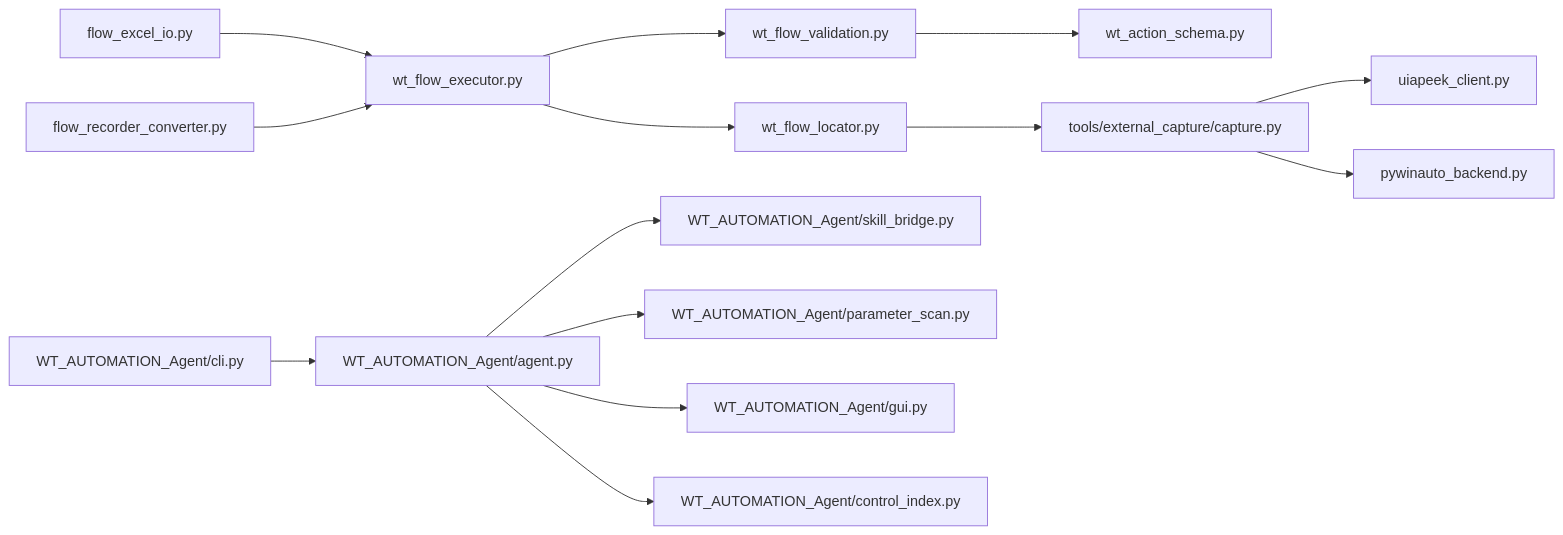
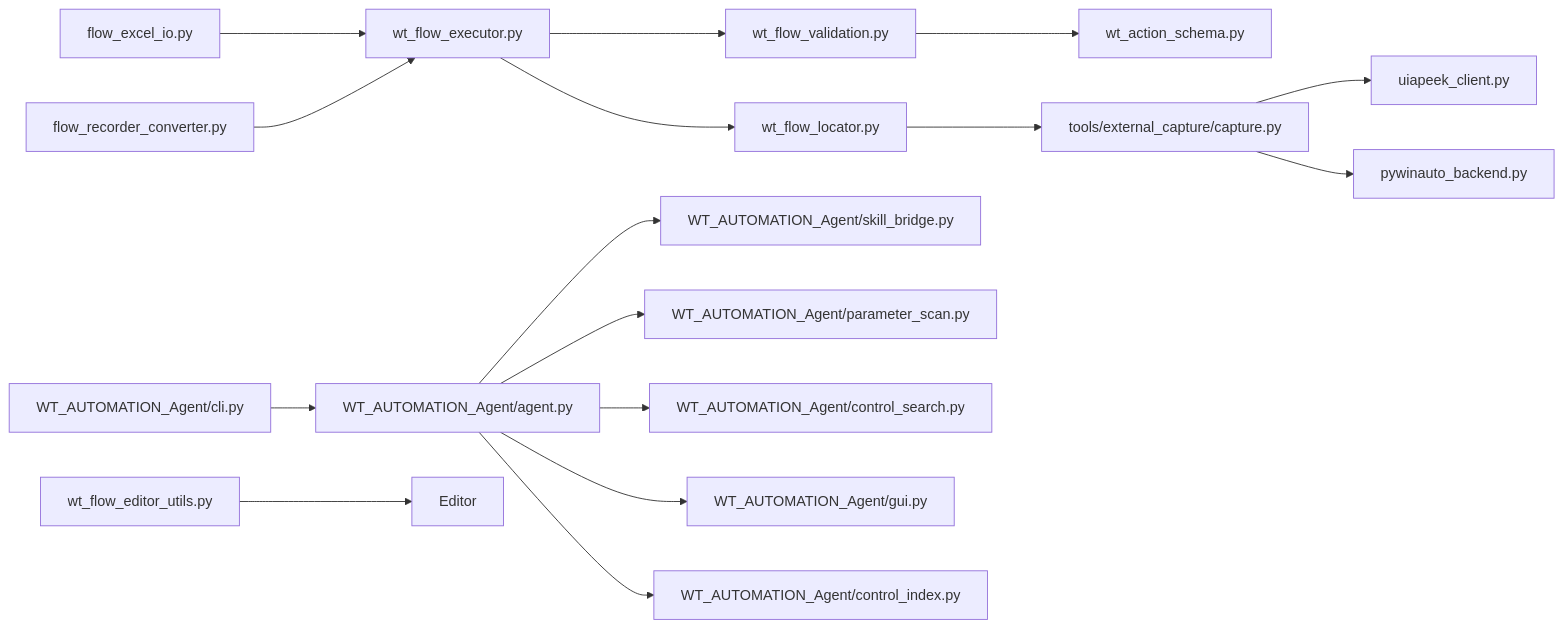
Before and after one commit to hanago33/WT_Automation: the third of 3 diagrams in .qoder/repowiki/zh/content/API参考文档/API参考文档.md, drawn with Mermaid. The commit also changed other lines of this file and 247 other files, not shown here.

````diff
--- a/.qoder/repowiki/zh/content/API参考文档/API参考文档.md
+++ b/.qoder/repowiki/zh/content/API参考文档/API参考文档.md
@@ -402,16 +508,18 @@
 ```mermaid
 graph LR
 Executor["wt_flow_executor.py"] --> Locator["wt_flow_locator.py"]
 Executor --> Validation["wt_flow_validation.py"]
 Validation --> Schema["wt_action_schema.py"]
 Locator --> Capture["tools/external_capture/capture.py"]
 Capture --> Uia["uiapeek_client.py"]
 Capture --> PyWin["pywinauto_backend.py"]
 Cli["WT_AUTOMATION_Agent/cli.py"] --> Agent["WT_AUTOMATION_Agent/agent.py"]
 Agent --> SkillBridge["WT_AUTOMATION_Agent/skill_bridge.py"]
 Agent --> ParamScan["WT_AUTOMATION_Agent/parameter_scan.py"]
+Agent --> ControlSearch["WT_AUTOMATION_Agent/control_search.py"]
 Agent --> Gui["WT_AUTOMATION_Agent/gui.py"]
 Agent --> CtrlIdx["WT_AUTOMATION_Agent/control_index.py"]
 ExcelIO["flow_excel_io.py"] --> Executor
 RecorderConv["flow_recorder_converter.py"] --> Executor
+FlowEditorUtils["wt_flow_editor_utils.py"] --> Editor
 ```
````
